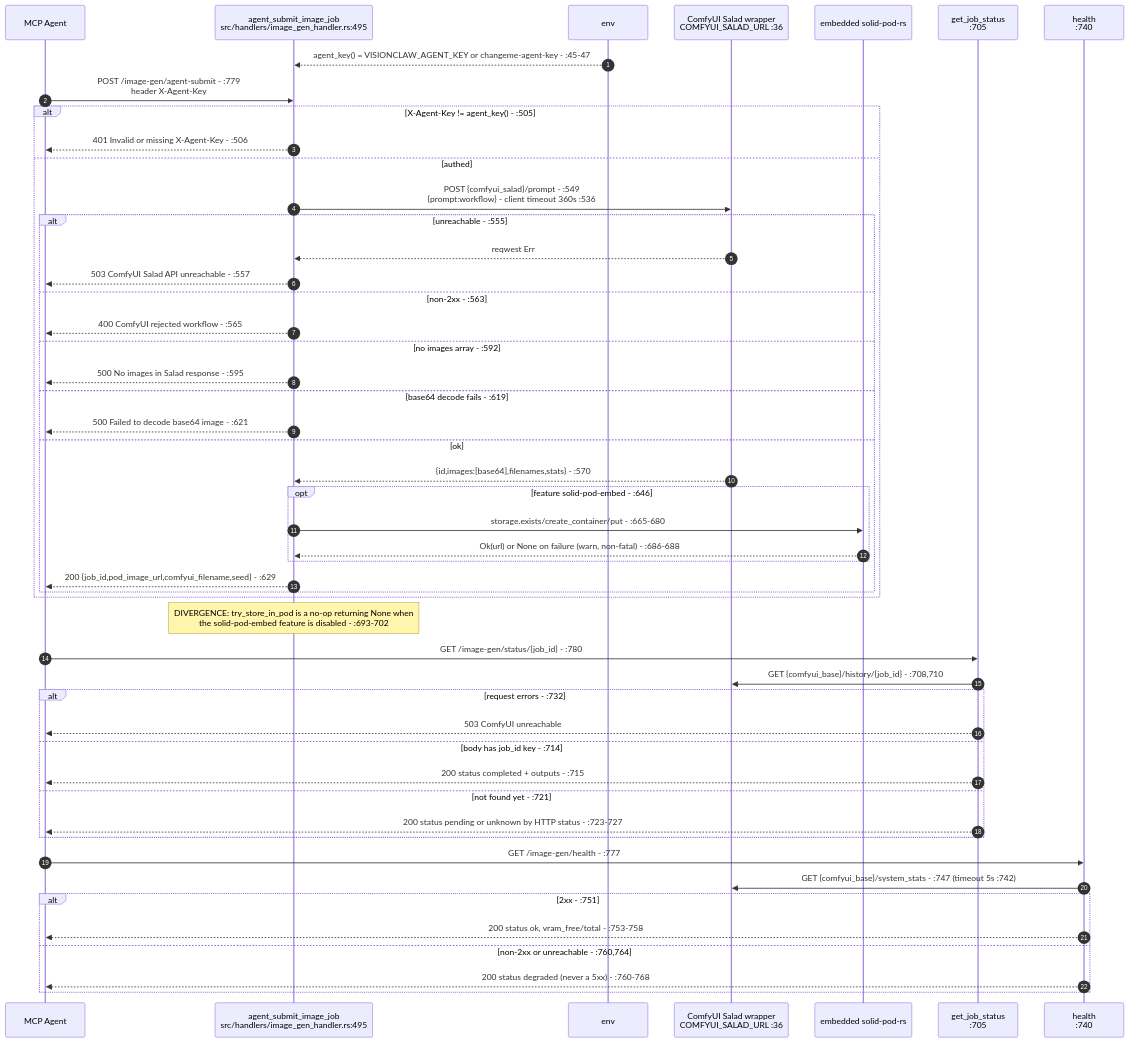
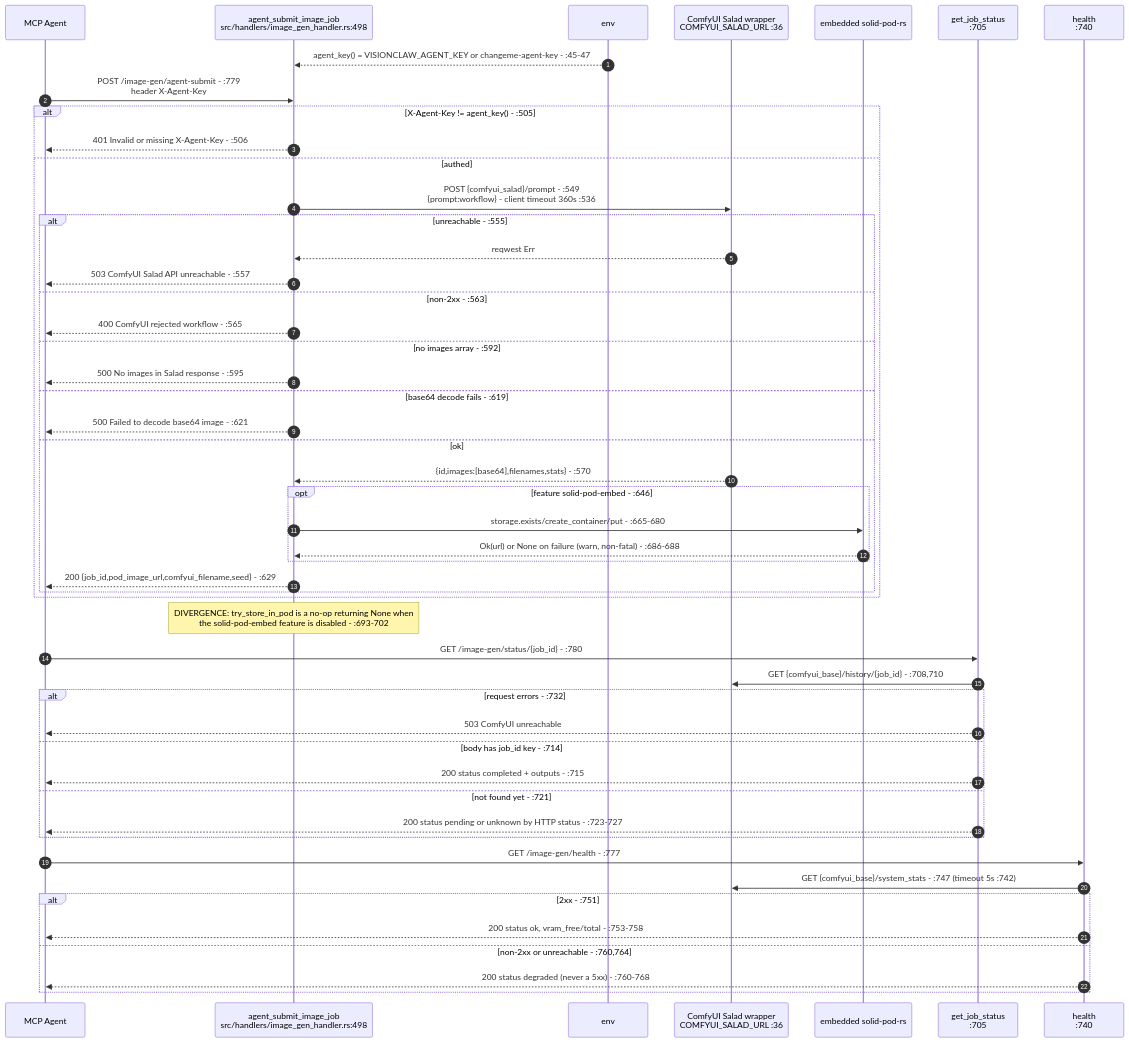
Before and after one commit to DreamLab-AI/AR-AI-Knowledge-Graph: the fifth of 9 diagrams in docs/diagrams/visionclaw/28-external-services.md, drawn with Mermaid. The commit also changed other lines of this file and 73 other files, not shown here.

First line of the commit message:
docs(diagrams): re-verify all 71 topic files against HEAD; add --cite-check

````diff
--- a/docs/diagrams/visionclaw/28-external-services.md
+++ b/docs/diagrams/visionclaw/28-external-services.md
@@ -213,56 +213,56 @@
 ```mermaid
 sequenceDiagram
     autonumber
     participant A as MCP Agent
-    participant AS as agent_submit_image_job<br/>src/handlers/image_gen_handler.rs:495
+    participant AS as agent_submit_image_job<br/>src/handlers/image_gen_handler.rs:498
     participant ENV as env
     participant SAL as ComfyUI Salad wrapper<br/>COMFYUI_SALAD_URL :36
     participant POD as embedded solid-pod-rs
 
     ENV-->>AS: agent_key() = VISIONCLAW_AGENT_KEY or changeme-agent-key - :45-47
     A->>AS: POST /image-gen/agent-submit - :779<br/>header X-Agent-Key
     alt X-Agent-Key != agent_key() - :505
         AS-->>A: 401 Invalid or missing X-Agent-Key - :506
     else authed
         AS->>SAL: POST {comfyui_salad}/prompt - :549<br/>{prompt:workflow} - client timeout 360s :536
         alt unreachable - :555
             SAL-->>AS: reqwest Err
             AS-->>A: 503 ComfyUI Salad API unreachable - :557
         else non-2xx - :563
             AS-->>A: 400 ComfyUI rejected workflow - :565
         else no images array - :592
             AS-->>A: 500 No images in Salad response - :595
         else base64 decode fails - :619
             AS-->>A: 500 Failed to decode base64 image - :621
         else ok
             SAL-->>AS: {id,images:[base64],filenames,stats} - :570
             opt feature solid-pod-embed - :646
                 AS->>POD: storage.exists/create_container/put - :665-680
                 POD-->>AS: Ok(url) or None on failure (warn, non-fatal) - :686-688
             end
             AS-->>A: 200 {job_id,pod_image_url,comfyui_filename,seed} - :629
         end
     end
 
     Note over AS: DIVERGENCE: try_store_in_pod is a no-op returning None when<br/>the solid-pod-embed feature is disabled - :693-702
 
     participant GJ as get_job_status<br/>:705
     A->>GJ: GET /image-gen/status/{job_id} - :780
     GJ->>SAL: GET {comfyui_base}/history/{job_id} - :708,710
     alt request errors - :732
         GJ-->>A: 503 ComfyUI unreachable
     else body has job_id key - :714
         GJ-->>A: 200 status completed + outputs - :715
     else not found yet - :721
         GJ-->>A: 200 status pending or unknown by HTTP status - :723-727
     end
 
     participant HL as health<br/>:740
     A->>HL: GET /image-gen/health - :777
     HL->>SAL: GET {comfyui_base}/system_stats - :747 (timeout 5s :742)
     alt 2xx - :751
         HL-->>A: 200 status ok, vram_free/total - :753-758
     else non-2xx or unreachable - :760,764
         HL-->>A: 200 status degraded (never a 5xx) - :760-768
     end
 ```
````
